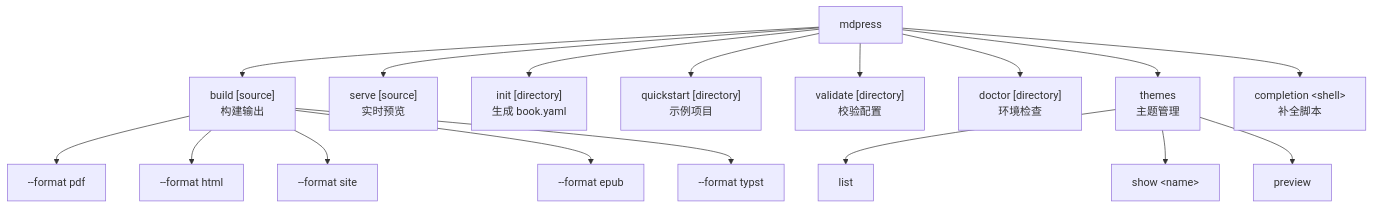
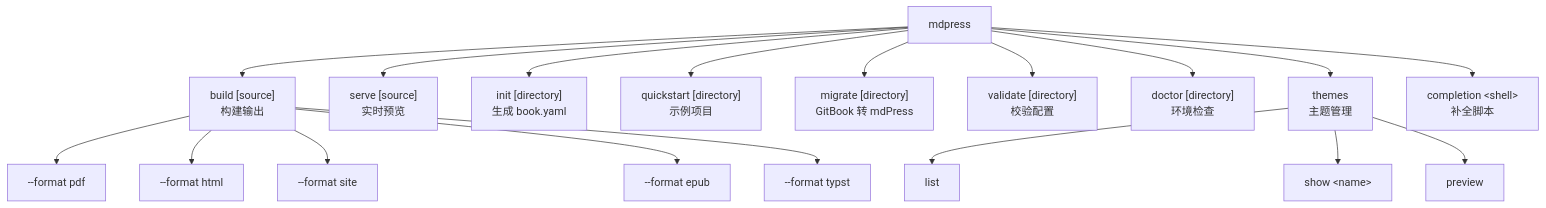
The first of 2 diagrams in docs/COMMANDS_zh.md (yeasy/mdPress), drawn with Mermaid before and after one commit. The commit also changed other lines of this file and 3 other files, not shown here.

````diff
--- a/docs/COMMANDS_zh.md
+++ b/docs/COMMANDS_zh.md
@@ -9,23 +9,24 @@
 ```mermaid
 flowchart TD
     root["mdpress"]
 
     root --> build["build [source]<br/>构建输出"]
     root --> serve["serve [source]<br/>实时预览"]
     root --> init["init [directory]<br/>生成 book.yaml"]
     root --> quickstart["quickstart [directory]<br/>示例项目"]
+    root --> migrate["migrate [directory]<br/>GitBook 转 mdPress"]
     root --> validate["validate [directory]<br/>校验配置"]
     root --> doctor["doctor [directory]<br/>环境检查"]
     root --> themes["themes<br/>主题管理"]
     root --> completion["completion &lt;shell&gt;<br/>补全脚本"]
 
     themes --> list["list"]
     themes --> show["show &lt;name&gt;"]
     themes --> preview["preview"]
 
     build --> pdf["--format pdf"]
     build --> html["--format html"]
     build --> site["--format site"]
     build --> epub["--format epub"]
     build --> typst["--format typst"]
 ```
````
